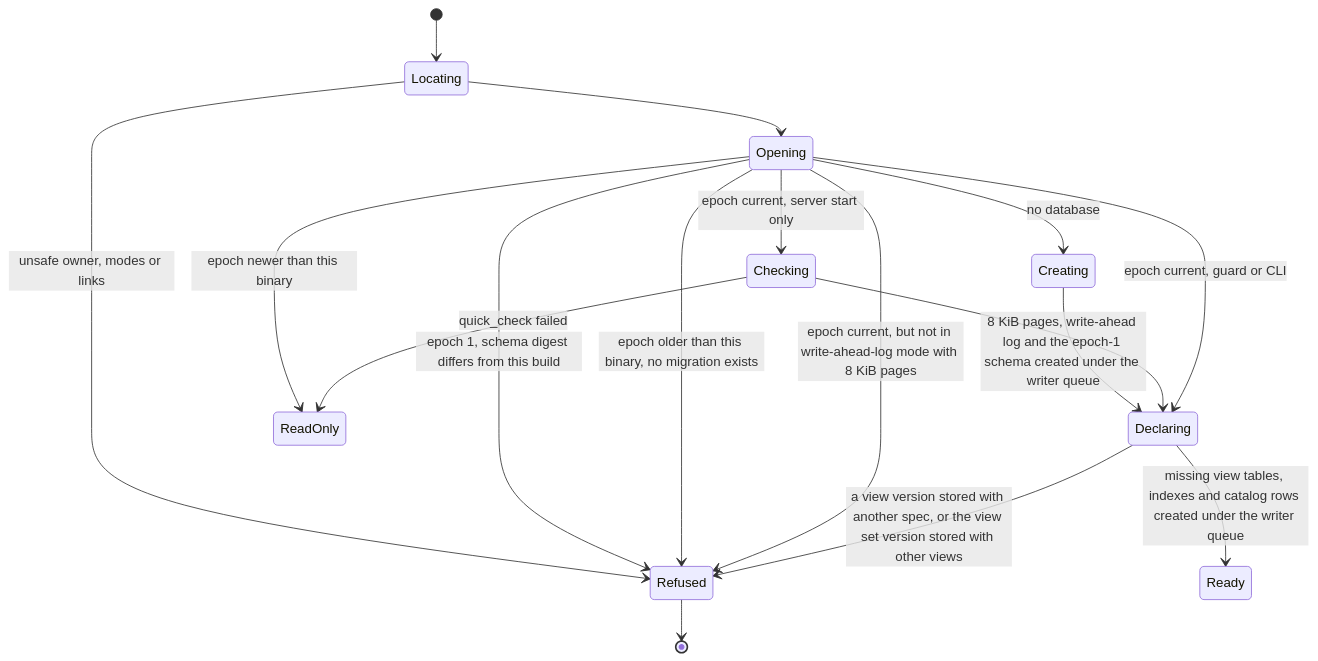
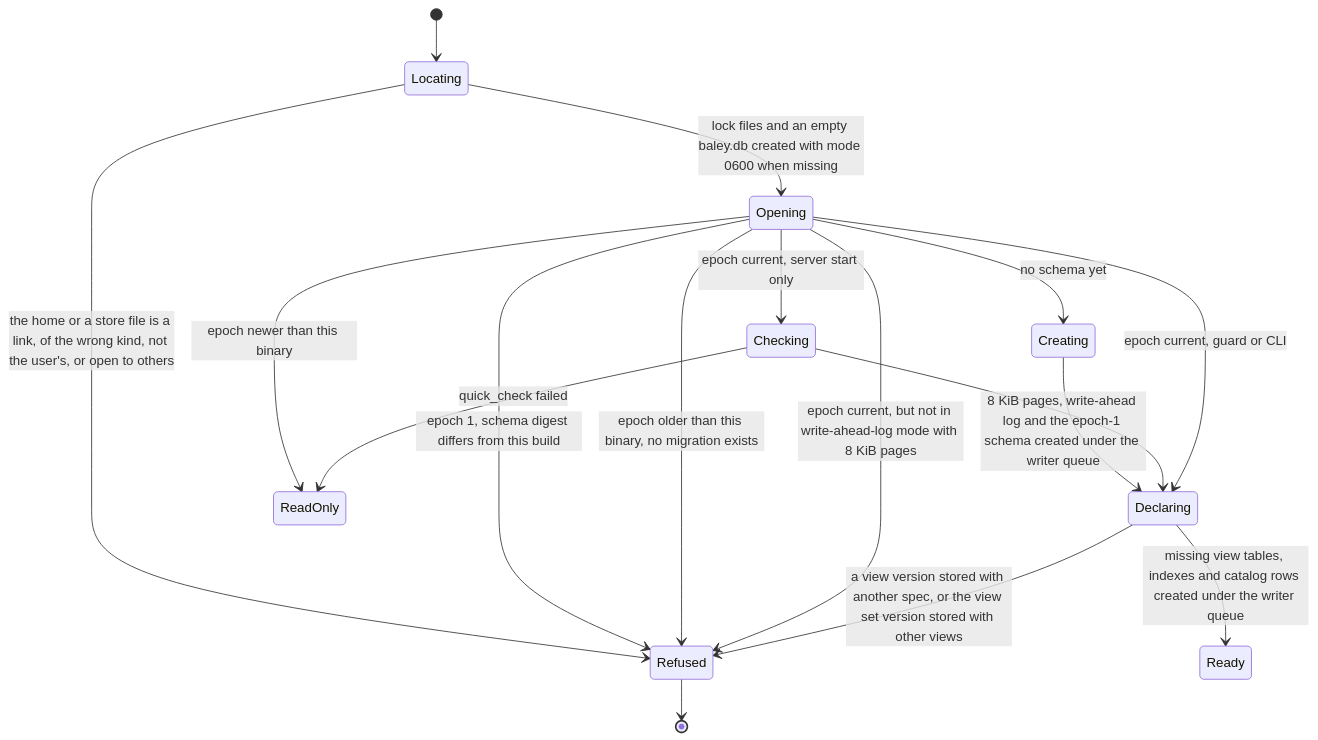
Diagram 12 of 14 in docs/design/0001-evidence-ledger.md (crenshawdev/baley), drawn with Mermaid before and after one commit. The commit also changed other lines of this file and 2 other files, not shown here.

First line of the commit message:
docs(design): record home checks and build 2 tasks

````diff
--- a/docs/design/0001-evidence-ledger.md
+++ b/docs/design/0001-evidence-ledger.md
@@ -1056,19 +1054,19 @@
 ```mermaid
 stateDiagram-v2
   [*] --> Locating
-  Locating --> Refused : unsafe owner, modes or links
-  Locating --> Opening
-  Opening --> Creating : no database
+  Locating --> Refused : the home or a store file is a link, of the wrong kind, not the user's, or open to others
+  Locating --> Opening : lock files and an empty baley.db created with mode 0600 when missing
+  Opening --> Creating : no schema yet
   Creating --> Declaring : 8 KiB pages, write-ahead log and the epoch-1 schema created under the writer queue
   Opening --> Refused : epoch 1, schema digest differs from this build
   Opening --> ReadOnly : epoch newer than this binary
   Opening --> Refused : epoch older than this binary, no migration exists
   Opening --> Refused : epoch current, but not in write-ahead-log mode with 8 KiB pages
   Opening --> Checking : epoch current, server start only
   Checking --> Declaring
   Checking --> ReadOnly : quick_check failed
   Opening --> Declaring : epoch current, guard or CLI
   Declaring --> Refused : a view version stored with another spec, or the view set version stored with other views
   Declaring --> Ready : missing view tables, indexes and catalog rows created under the writer queue
   Refused --> [*]
 ```
````
